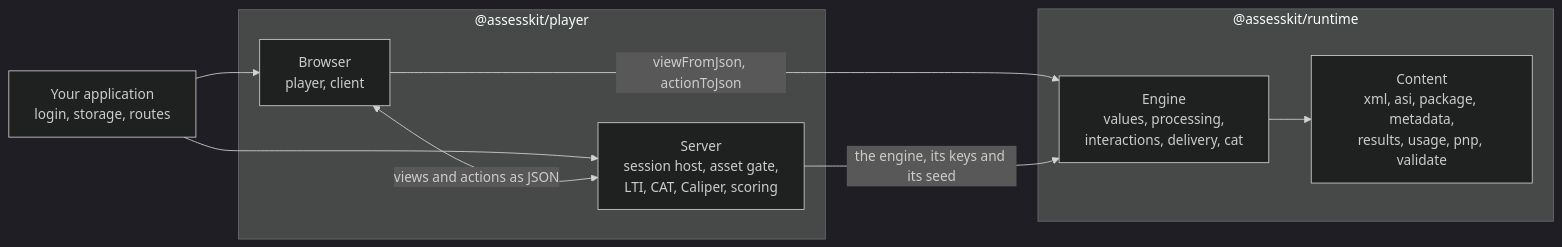
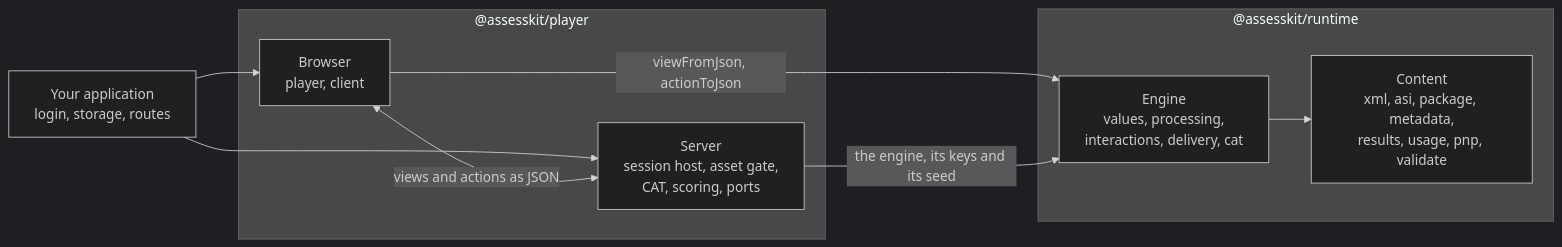
One commit to assesskit/assesskit changed the diagram in README.md. Above: the diagram before and after it, drawn with Mermaid (dark theme). The commit also changed other lines of this file and 138 other files, not shown here.

First line of the commit message:
Move LTI and Caliper out of the player and keep four ports

````diff
--- a/README.md
+++ b/README.md
@@ -6,18 +6,18 @@
 ```mermaid
 flowchart LR
   host["Your application<br/>login, storage, routes"]
   subgraph player["@assesskit/player"]
     browser["Browser<br/>player, client"]
-    server["Server<br/>session host, asset gate,<br/>LTI, CAT, Caliper, scoring"]
+    server["Server<br/>session host, asset gate,<br/>CAT, scoring, ports"]
   end
   subgraph runtime["@assesskit/runtime"]
     content["Content<br/>xml, asi, package, metadata,<br/>results, usage, pnp, validate"]
     engine["Engine<br/>values, processing,<br/>interactions, delivery, cat"]
   end
   host --> browser
   host --> server
   browser <-->|"views and actions as JSON"| server
   browser -->|"viewFromJson, actionToJson"| engine
   server -->|"the engine, its keys and its seed"| engine
   engine --> content
 ```
````
